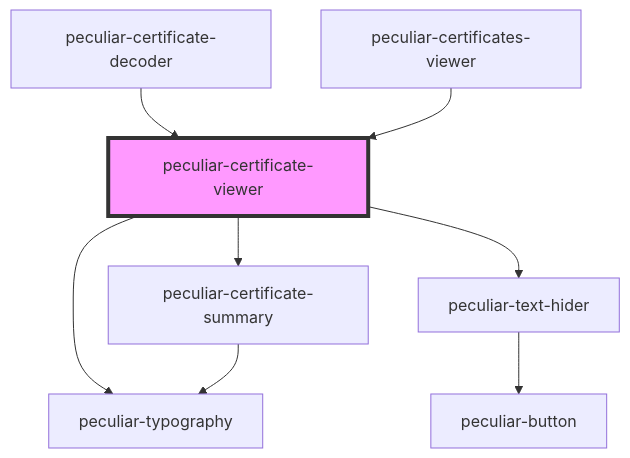
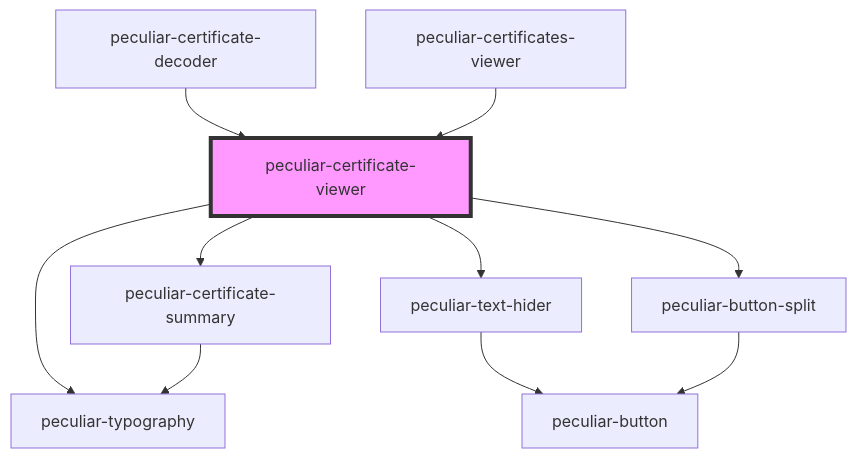
One commit to PeculiarVentures/pv-certificates-viewer changed the diagram in src/components/certificate-viewer/readme.md. Above: the diagram before and after it, drawn with Mermaid. The commit also changed other lines of this file and 6 other files, not shown here.

````diff
--- a/src/components/certificate-viewer/readme.md
+++ b/src/components/certificate-viewer/readme.md
@@ -36,11 +37,13 @@
 ```mermaid
 graph TD;
   peculiar-certificate-viewer --> peculiar-typography
+  peculiar-certificate-viewer --> peculiar-certificate-summary
   peculiar-certificate-viewer --> peculiar-text-hider
-  peculiar-certificate-viewer --> peculiar-certificate-summary
+  peculiar-certificate-viewer --> peculiar-button-split
+  peculiar-certificate-summary --> peculiar-typography
   peculiar-text-hider --> peculiar-button
-  peculiar-certificate-summary --> peculiar-typography
+  peculiar-button-split --> peculiar-button
   peculiar-certificate-decoder --> peculiar-certificate-viewer
   peculiar-certificates-viewer --> peculiar-certificate-viewer
   style peculiar-certificate-viewer fill:#f9f,stroke:#333,stroke-width:4px
 ```
````
